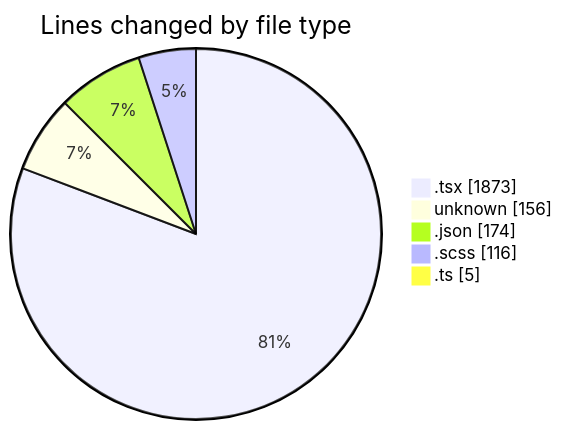
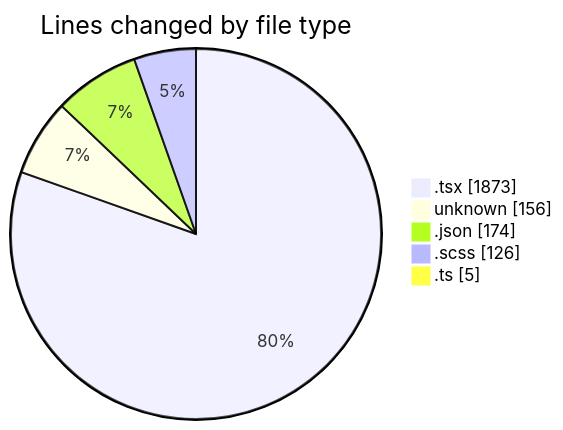
One commit to momahboobian/code-tracking changed the first of 2 diagrams in 2026-09-28/cda/README.md. Above: the diagram before and after it, drawn with Mermaid. The commit also changed other lines of this file and 1 other file, not shown here.

````diff
--- a/2026-09-28/cda/README.md
+++ b/2026-09-28/cda/README.md
@@ -32,9 +33,9 @@
 ```mermaid
 pie showData
 title Lines changed by file type
 ".tsx" : 1873
 "unknown" : 156
 ".json" : 174
-".scss" : 116
+".scss" : 126
 ".ts" : 5
 ```
````
